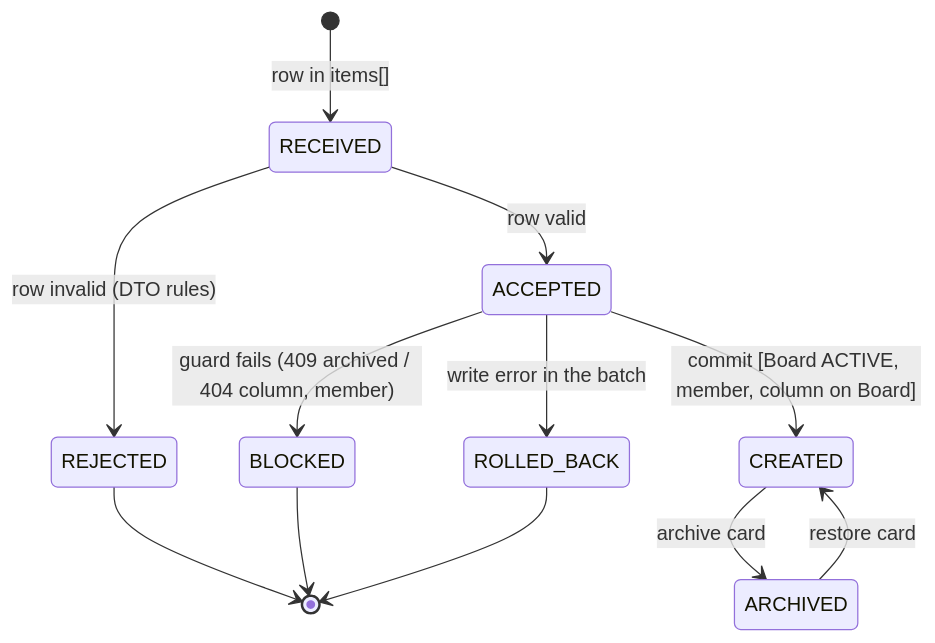
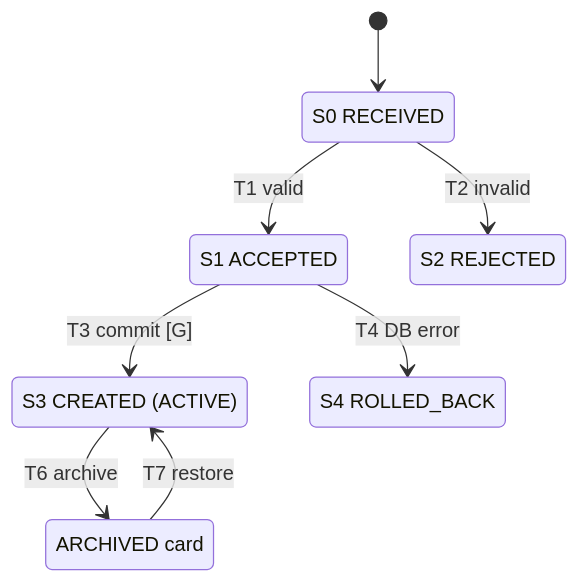
One commit to duongkienvn/SE2026-T13 changed the diagram in docs/tasks/backend/bulk-card-import-vt052.md. Above: the diagram before and after it, drawn with Mermaid. The commit also changed other lines of this file, not shown here.

````diff
--- a/docs/tasks/backend/bulk-card-import-vt052.md
+++ b/docs/tasks/backend/bulk-card-import-vt052.md
@@ -37,14 +37,16 @@
 ```mermaid
 stateDiagram-v2
-  [*] --> RECEIVED: row in items[]
-  RECEIVED --> REJECTED: row invalid (DTO rules)
-  RECEIVED --> ACCEPTED: row valid
-  ACCEPTED --> CREATED: commit [Board ACTIVE, member, column on Board]
-  ACCEPTED --> BLOCKED: guard fails (409 archived / 404 column, member)
-  ACCEPTED --> ROLLED_BACK: write error in the batch
-  CREATED --> ARCHIVED: archive card
-  ARCHIVED --> CREATED: restore card
-  REJECTED --> [*]
-  BLOCKED --> [*]
-  ROLLED_BACK --> [*]
+  S0: S0 RECEIVED
+  S1: S1 ACCEPTED
+  S2: S2 REJECTED
+  S3: S3 CREATED (ACTIVE)
+  S4: S4 ROLLED_BACK
+  AR: ARCHIVED card
+  [*] --> S0
+  S0 --> S1: T1 valid
+  S0 --> S2: T2 invalid
+  S1 --> S3: T3 commit [G]
+  S1 --> S4: T4 DB error
+  S3 --> AR: T6 archive
+  AR --> S3: T7 restore
 ```
````
